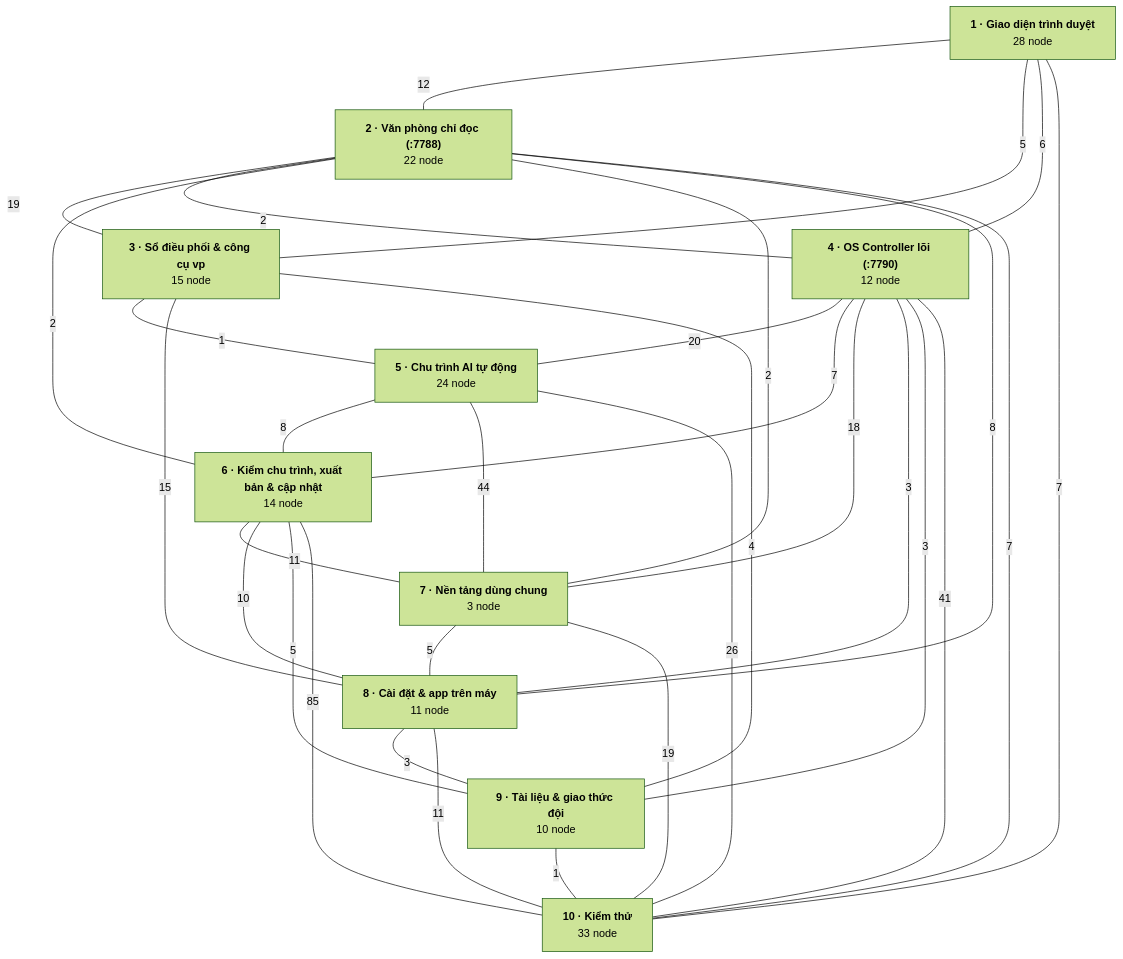
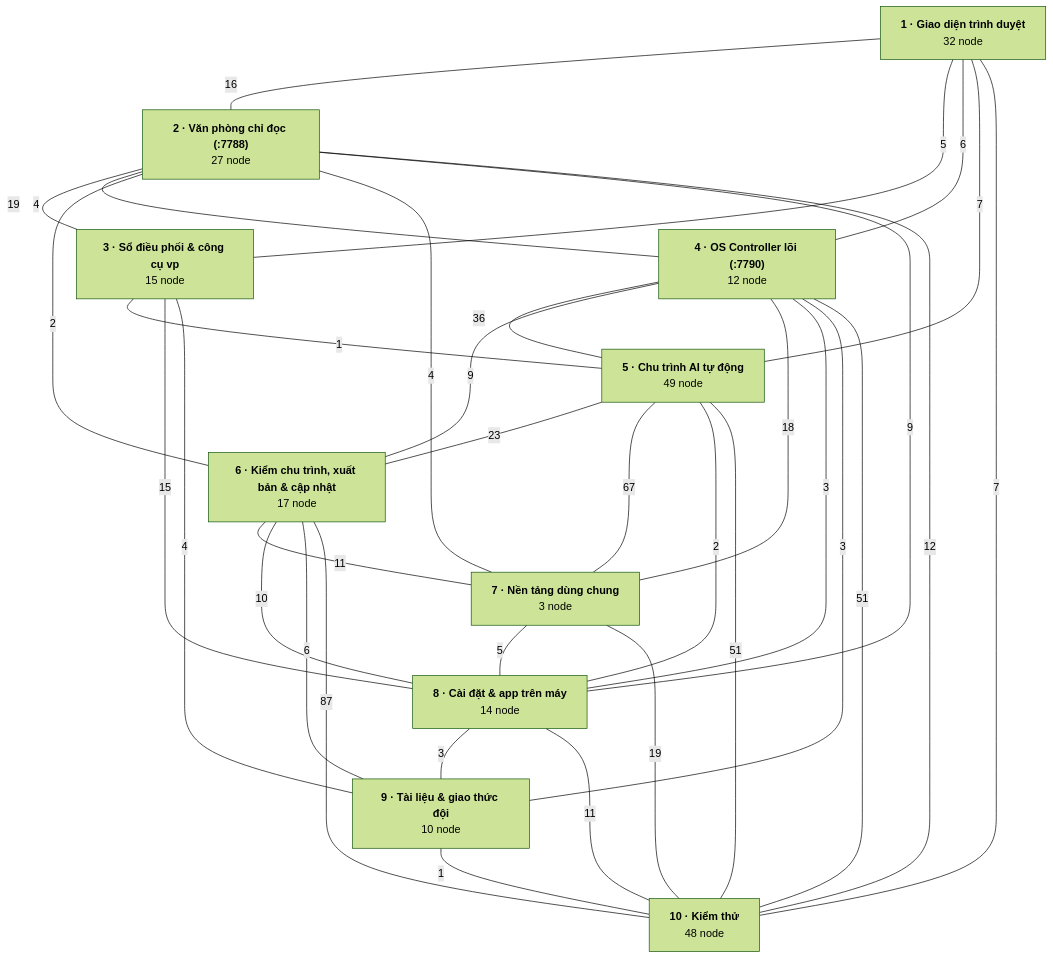
One commit to Thequancute215-sys/V-n-ph-ng-ch-nh-ph- changed diagram 11 of 11 in docs/BAN-DO-HE-THONG.md. Above: the diagram before and after it, drawn with Mermaid (forest theme). The commit also changed other lines of this file and 6 other files, not shown here.

First line of the commit message:
Vẽ lại toàn bộ bản đồ hệ thống: điện thoại, skill, MCP trên máy, hợp đồng, song song

````diff
--- a/docs/BAN-DO-HE-THONG.md
+++ b/docs/BAN-DO-HE-THONG.md
@@ -1233,44 +1653,46 @@
 ```mermaid
 flowchart TD
-  layer_01_giao_dien["<b>1 · Giao diện trình duyệt</b><br/>28 node"]
-  layer_02_van_phong["<b>2 · Văn phòng chỉ đọc (:7788)</b><br/>22 node"]
+  layer_01_giao_dien["<b>1 · Giao diện trình duyệt</b><br/>32 node"]
+  layer_02_van_phong["<b>2 · Văn phòng chỉ đọc (:7788)</b><br/>27 node"]
   layer_03_so_dieu_phoi["<b>3 · Sổ điều phối & công cụ vp</b><br/>15 node"]
   layer_04_os_controller["<b>4 · OS Controller lõi (:7790)</b><br/>12 node"]
-  layer_05_chu_trinh_ai["<b>5 · Chu trình AI tự động</b><br/>24 node"]
-  layer_06_chat_luong_phat_hanh["<b>6 · Kiểm chu trình, xuất bản & cập nhật</b><br/>14 node"]
+  layer_05_chu_trinh_ai["<b>5 · Chu trình AI tự động</b><br/>49 node"]
+  layer_06_chat_luong_phat_hanh["<b>6 · Kiểm chu trình, xuất bản & cập nhật</b><br/>17 node"]
   layer_07_nen_tang["<b>7 · Nền tảng dùng chung</b><br/>3 node"]
-  layer_08_cai_dat_app["<b>8 · Cài đặt & app trên máy</b><br/>11 node"]
+  layer_08_cai_dat_app["<b>8 · Cài đặt & app trên máy</b><br/>14 node"]
   layer_09_tai_lieu["<b>9 · Tài liệu & giao thức đội</b><br/>10 node"]
-  layer_10_kiem_thu["<b>10 · Kiểm thử</b><br/>33 node"]
-  layer_01_giao_dien ---|12| layer_02_van_phong
+  layer_10_kiem_thu["<b>10 · Kiểm thử</b><br/>48 node"]
+  layer_01_giao_dien ---|16| layer_02_van_phong
   layer_01_giao_dien ---|5| layer_03_so_dieu_phoi
   layer_01_giao_dien ---|6| layer_04_os_controller
+  layer_01_giao_dien ---|7| layer_05_chu_trinh_ai
   layer_01_giao_dien ---|7| layer_10_kiem_thu
   layer_02_van_phong ---|19| layer_03_so_dieu_phoi
-  layer_02_van_phong ---|2| layer_04_os_controller
+  layer_02_van_phong ---|4| layer_04_os_controller
   layer_02_van_phong ---|2| layer_06_chat_luong_phat_hanh
-  layer_02_van_phong ---|2| layer_07_nen_tang
-  layer_02_van_phong ---|8| layer_08_cai_dat_app
-  layer_02_van_phong ---|7| layer_10_kiem_thu
+  layer_02_van_phong ---|4| layer_07_nen_tang
+  layer_02_van_phong ---|9| layer_08_cai_dat_app
+  layer_02_van_phong ---|12| layer_10_kiem_thu
   layer_03_so_dieu_phoi ---|1| layer_05_chu_trinh_ai
   layer_03_so_dieu_phoi ---|15| layer_08_cai_dat_app
   layer_03_so_dieu_phoi ---|4| layer_09_tai_lieu
-  layer_04_os_controller ---|20| layer_05_chu_trinh_ai
-  layer_04_os_controller ---|7| layer_06_chat_luong_phat_hanh
+  layer_04_os_controller ---|36| layer_05_chu_trinh_ai
+  layer_04_os_controller ---|9| layer_06_chat_luong_phat_hanh
   layer_04_os_controller ---|18| layer_07_nen_tang
   layer_04_os_controller ---|3| layer_08_cai_dat_app
   layer_04_os_controller ---|3| layer_09_tai_lieu
-  layer_04_os_controller ---|41| layer_10_kiem_thu
-  layer_05_chu_trinh_ai ---|8| layer_06_chat_luong_phat_hanh
-  layer_05_chu_trinh_ai ---|44| layer_07_nen_tang
-  layer_05_chu_trinh_ai ---|26| layer_10_kiem_thu
+  layer_04_os_controller ---|51| layer_10_kiem_thu
+  layer_05_chu_trinh_ai ---|23| layer_06_chat_luong_phat_hanh
+  layer_05_chu_trinh_ai ---|67| layer_07_nen_tang
+  layer_05_chu_trinh_ai ---|2| layer_08_cai_dat_app
+  layer_05_chu_trinh_ai ---|51| layer_10_kiem_thu
   layer_06_chat_luong_phat_hanh ---|11| layer_07_nen_tang
   layer_06_chat_luong_phat_hanh ---|10| layer_08_cai_dat_app
-  layer_06_chat_luong_phat_hanh ---|5| layer_09_tai_lieu
-  layer_06_chat_luong_phat_hanh ---|85| layer_10_kiem_thu
+  layer_06_chat_luong_phat_hanh ---|6| layer_09_tai_lieu
+  layer_06_chat_luong_phat_hanh ---|87| layer_10_kiem_thu
   layer_07_nen_tang ---|5| layer_08_cai_dat_app
   layer_07_nen_tang ---|19| layer_10_kiem_thu
   layer_08_cai_dat_app ---|3| layer_09_tai_lieu
   layer_08_cai_dat_app ---|11| layer_10_kiem_thu
   layer_09_tai_lieu ---|1| layer_10_kiem_thu
 ```
````
